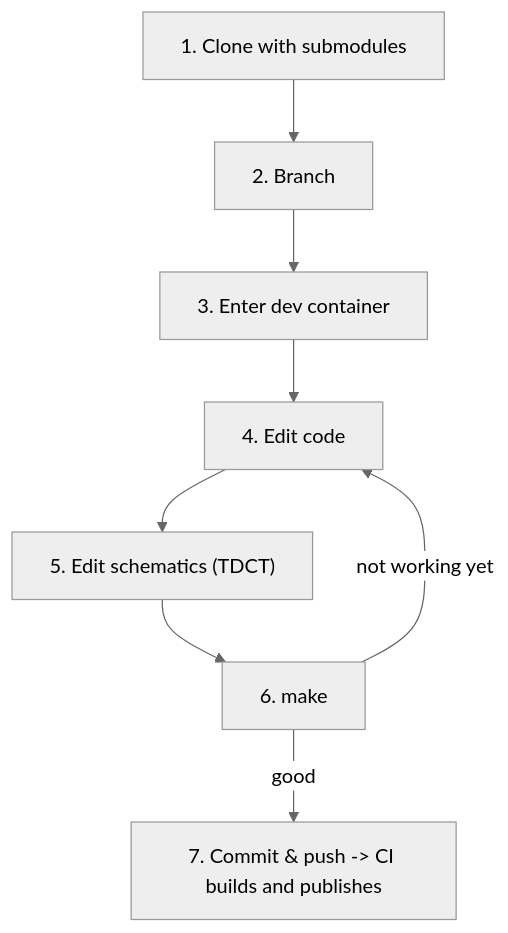
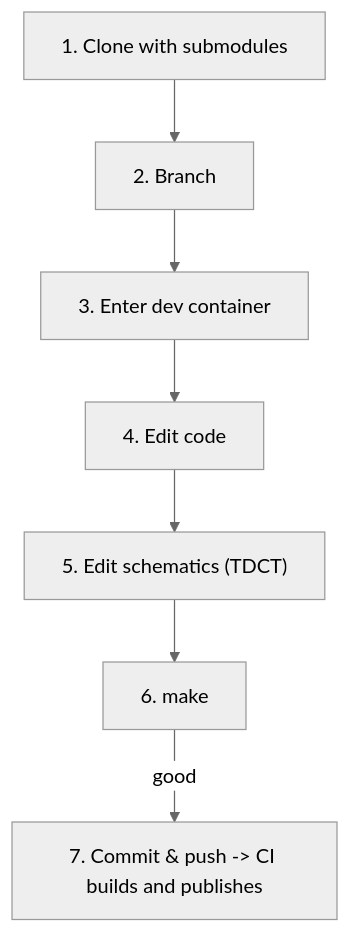
The diagram in WORKFLOW.md (gemini-rtsw/gemini-rtsw-ci), drawn with Mermaid (neutral theme) before and after one commit.

Commit message:
Update workflow diagram by removing label
Removed the 'not working yet' label from the workflow diagram.

````diff
--- a/WORKFLOW.md
+++ b/WORKFLOW.md
@@ -23,10 +23,9 @@
 ```mermaid
 flowchart TD
   A["1. Clone with submodules"] --> B["2. Branch"]
   B --> C["3. Enter dev container"]
   C --> D["4. Edit code"]
   D --> E["5. Edit schematics (TDCT)"]
   E --> F["6. make"]
-  F -->|"not working yet"| D
   F -->|"good"| G["7. Commit & push -> CI builds and publishes"]
 ```
````
